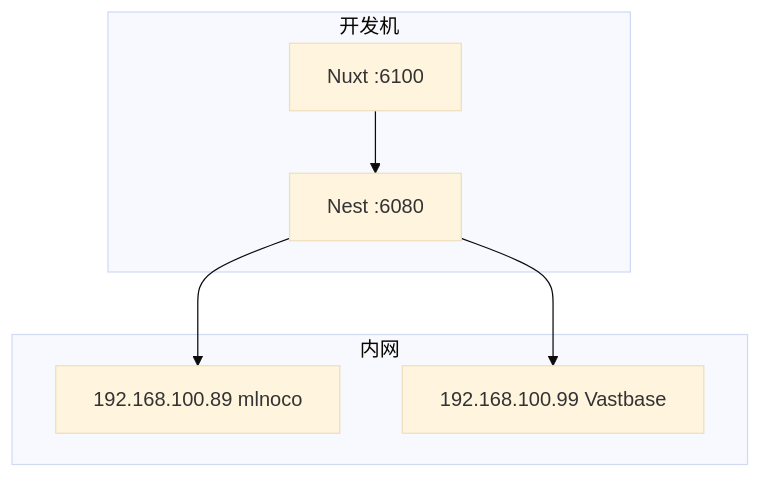
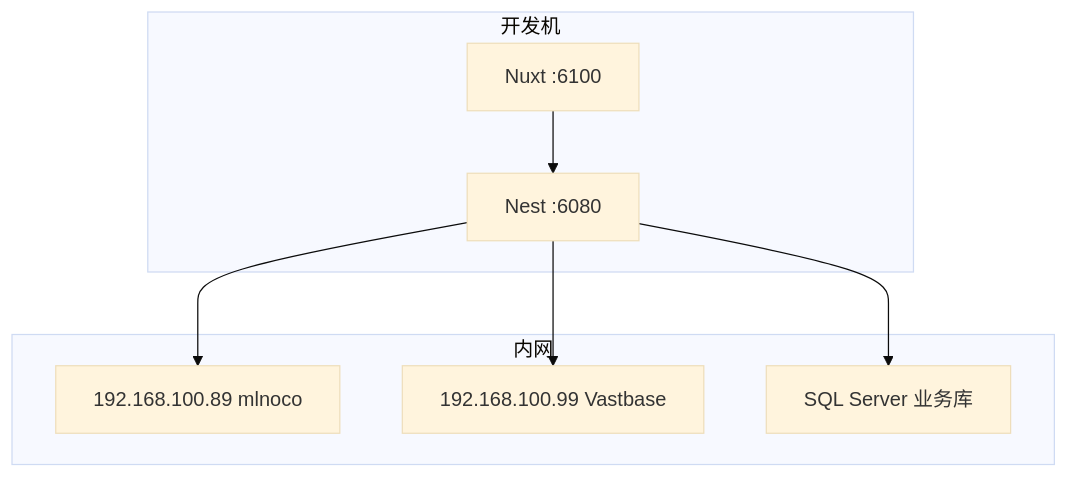
The second of 2 diagrams in docs/02-架构设计文档.md (TristanTong/nocodb), drawn with Mermaid (base theme) before and after one commit. The commit also changed other lines of this file and 18 other files, not shown here.

````diff
--- a/docs/02-架构设计文档.md
+++ b/docs/02-架构设计文档.md
@@ -41,14 +42,16 @@
 ```mermaid
 flowchart TB
   subgraph DevHost[开发机]
     FE[Nuxt :6100]
     BE[Nest :6080]
   end
   subgraph LAN[内网]
     PGMeta[192.168.100.89 mlnoco]
     VB[192.168.100.99 Vastbase]
+    MSSQL[SQL Server 业务库]
   end
   FE --> BE
   BE --> PGMeta
   BE --> VB
+  BE --> MSSQL
 ```
````
